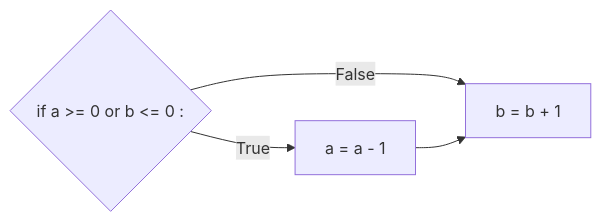
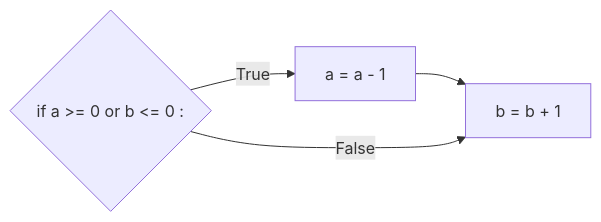
Before and after one commit to boddaert/nsi: the fourth of 10 diagrams in première/Constructions élémentaires/Conditions.md, drawn with Mermaid. The commit also changed other lines of this file, not shown here.

````diff
--- a/première/Constructions élémentaires/Conditions.md
+++ b/première/Constructions élémentaires/Conditions.md
@@ -99,7 +99,7 @@
 ```mermaid
   graph LR;
       A{if a >= 0 or b <= 0 :};
       A--True-->B[a = a - 1];
+      B-->C[b = b + 1];
       A--False-->C[b = b + 1];
-      B-->C[b = b + 1];
 ```
````
